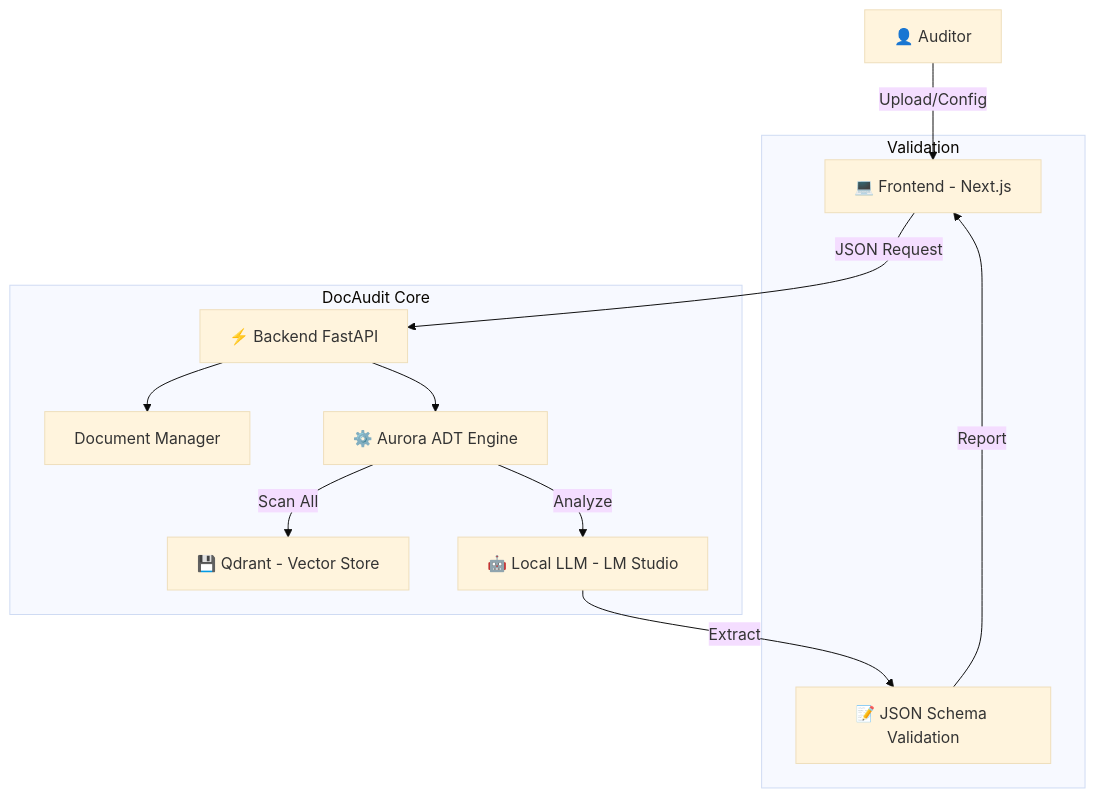
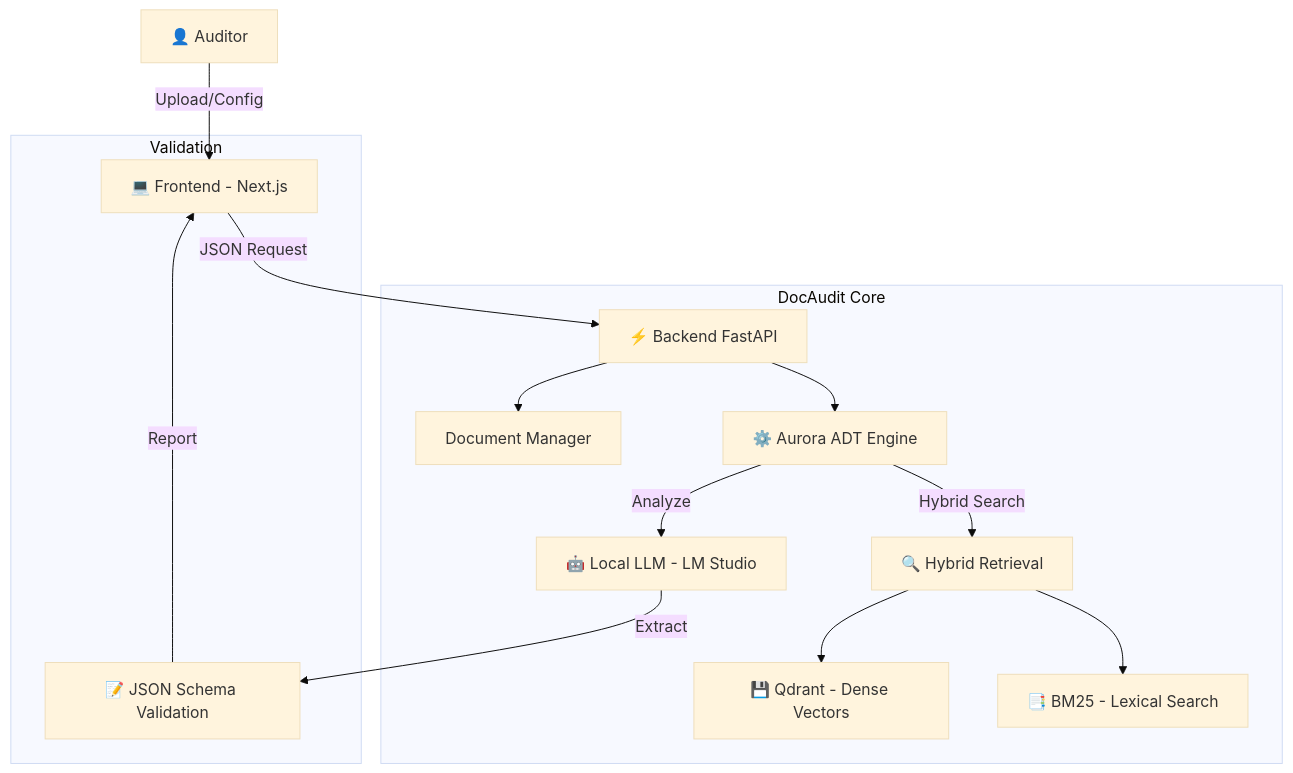
Before and after one commit to ThiagoHenriqueDuarteNeves/docaudit-engine: the diagram in README.md, drawn with Mermaid (base theme).

Commit message:
Add BM25 to architecture diagram

````diff
--- a/README.md
+++ b/README.md
@@ -20,17 +20,19 @@
 ```mermaid
 graph TD
     User["👤 Auditor"] -->|Upload/Config| UI["💻 Frontend - Next.js"]
     UI -->|JSON Request| API["⚡ Backend FastAPI"]
     
     subgraph DocAudit_Core["DocAudit Core"]
         API --> Manager["Document Manager"]
         API --> ADT["⚙️ Aurora ADT Engine"]
-        ADT -->|Scan All| Qdrant["💾 Qdrant - Vector Store"]
+        ADT -->|Hybrid Search| Retrieval["🔍 Hybrid Retrieval"]
+        Retrieval --> Qdrant["💾 Qdrant - Dense Vectors"]
+        Retrieval --> BM25["📑 BM25 - Lexical Search"]
         ADT -->|Analyze| LLM["🤖 Local LLM - LM Studio"]
     end
     
     subgraph Validation
         LLM -->|Extract| Schema["📝 JSON Schema Validation"]
         Schema -->|Report| UI
     end
 ```
````
